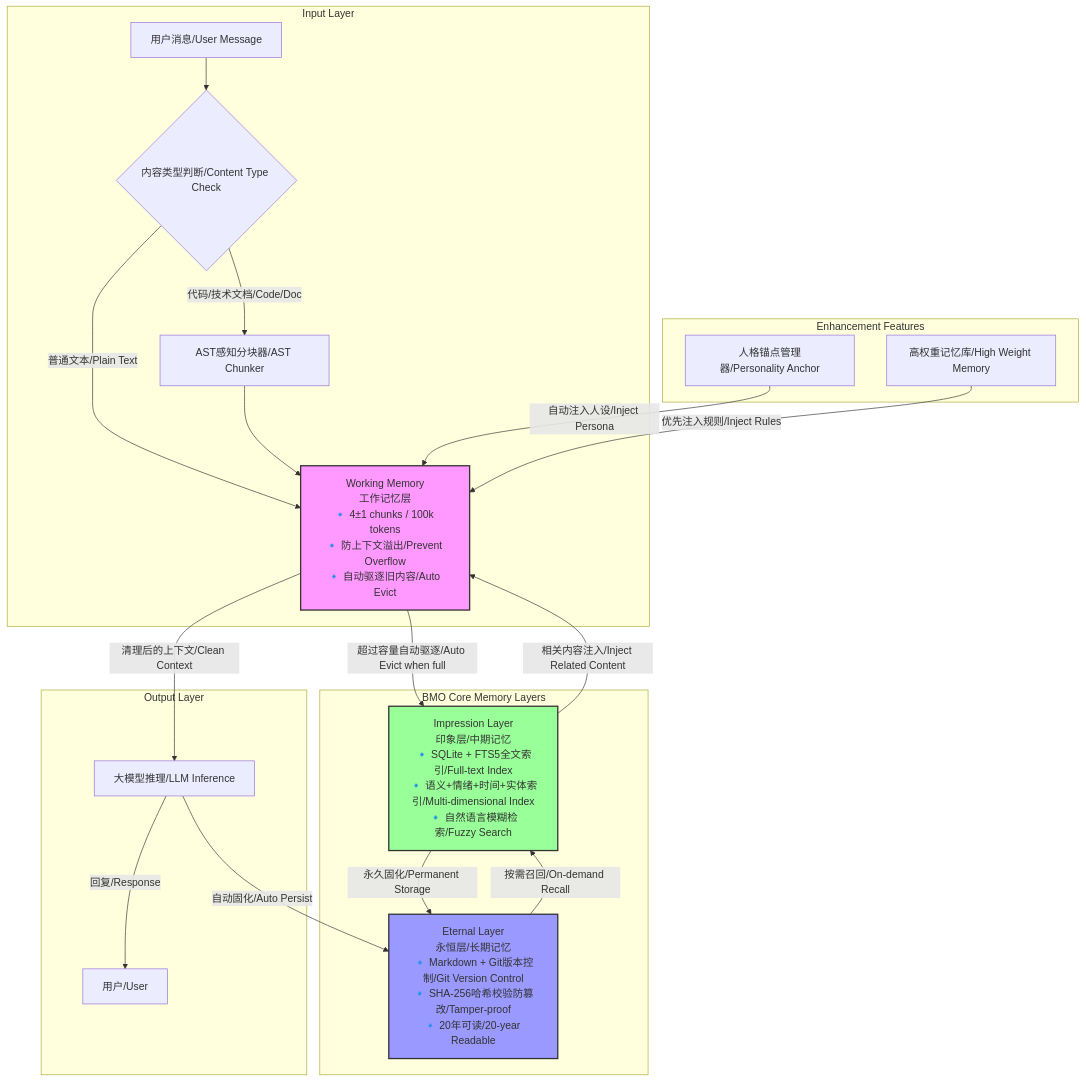
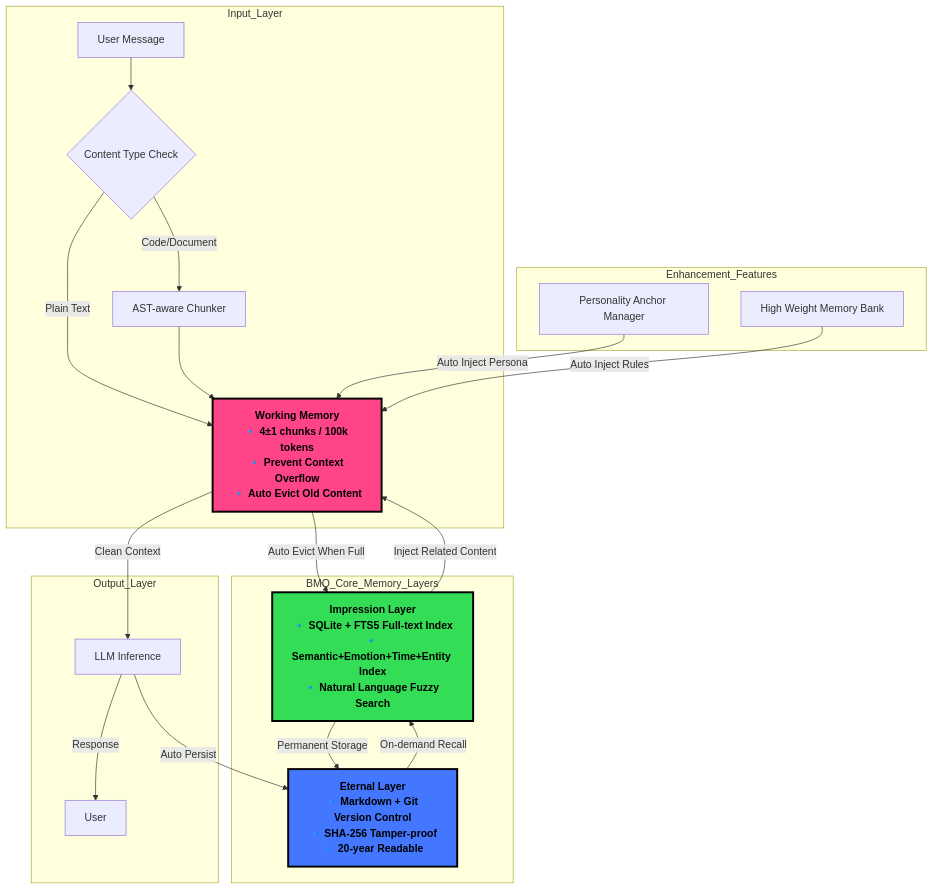
Before and after one commit to sllackking/bio-memory-os: the diagram in README.md, drawn with Mermaid. The commit also changed other lines of this file, not shown here.

Commit message:
fix: 修复Mermaid语法错误，使用正确的英文主文档

````diff
--- a/README.md
+++ b/README.md
@@ -34,32 +23,32 @@
 ```mermaid
 flowchart TD
-    subgraph 输入层 [Input Layer]
-        A[用户消息/User Message] --> B{内容类型判断/Content Type Check}
-        B -->|普通文本/Plain Text| C[工作记忆层/Working Memory]
-        B -->|代码/技术文档/Code/Doc| D[AST感知分块器/AST Chunker]
+    subgraph Input_Layer
+        A[User Message] --> B{Content Type Check}
+        B -->|Plain Text| C[Working Memory Layer]
+        B -->|Code/Document| D[AST-aware Chunker]
         D --> C
     end
 
-    subgraph 增强功能 [Enhancement Features]
-        E[人格锚点管理器/Personality Anchor] -->|自动注入人设/Inject Persona| C
-        F[高权重记忆库/High Weight Memory] -->|优先注入规则/Inject Rules| C
+    subgraph Enhancement_Features
+        E[Personality Anchor Manager] -->|Auto Inject Persona| C
+        F[High Weight Memory Bank] -->|Auto Inject Rules| C
     end
 
-    subgraph BMO 三层记忆核心 [BMO Core Memory Layers]
-        C[Working Memory\n工作记忆层\n🔹 4±1 chunks / 100k tokens\n🔹 防上下文溢出/Prevent Overflow\n🔹 自动驱逐旧内容/Auto Evict]
-        C -->|超过容量自动驱逐/Auto Evict when full| G[Impression Layer\n印象层/中期记忆\n🔹 SQLite + FTS5全文索引/Full-text Index\n🔹 语义+情绪+时间+实体索引/Multi-dimensional Index\n🔹 自然语言模糊检索/Fuzzy Search]
-        G -->|永久固化/Permanent Storage| H[Eternal Layer\n永恒层/长期记忆\n🔹 Markdown + Git版本控制/Git Version Control\n🔹 SHA-256哈希校验防篡改/Tamper-proof\n🔹 20年可读/20-year Readable]
-        H -->|按需召回/On-demand Recall| G
-        G -->|相关内容注入/Inject Related Content| C
+    subgraph BMO_Core_Memory_Layers
+        C[Working Memory\n🔹 4±1 chunks / 100k tokens\n🔹 Prevent Context Overflow\n🔹 Auto Evict Old Content]:::pinkClass
+        C -->|Auto Evict When Full| G[Impression Layer\n🔹 SQLite + FTS5 Full-text Index\n🔹 Semantic+Emotion+Time+Entity Index\n🔹 Natural Language Fuzzy Search]:::greenClass
+        G -->|Permanent Storage| H[Eternal Layer\n🔹 Markdown + Git Version Control\n🔹 SHA-256 Tamper-proof\n🔹 20-year Readable]:::blueClass
+        H -->|On-demand Recall| G
+        G -->|Inject Related Content| C
     end
 
-    subgraph 输出层 [Output Layer]
-        C -->|清理后的上下文/Clean Context| I[大模型推理/LLM Inference]
-        I -->|回复/Response| J[用户/User]
-        I -->|自动固化/Auto Persist| H
+    subgraph Output_Layer
+        C -->|Clean Context| I[LLM Inference]
+        I -->|Response| J[User]
+        I -->|Auto Persist| H
     end
 
-    style C fill:#f9f,stroke:#333,stroke-width:2px
-    style G fill:#9f9,stroke:#333,stroke-width:2px
-    style H fill:#99f,stroke:#333,stroke-width:2px
+    classDef pinkClass fill:#ff4488,stroke:#000000,stroke-width:3px,color:#000000,font-weight:bold
+    classDef greenClass fill:#33dd55,stroke:#000000,stroke-width:3px,color:#000000,font-weight:bold
+    classDef blueClass fill:#4477ff,stroke:#000000,stroke-width:3px,color:#000000,font-weight:bold
 ```
````
